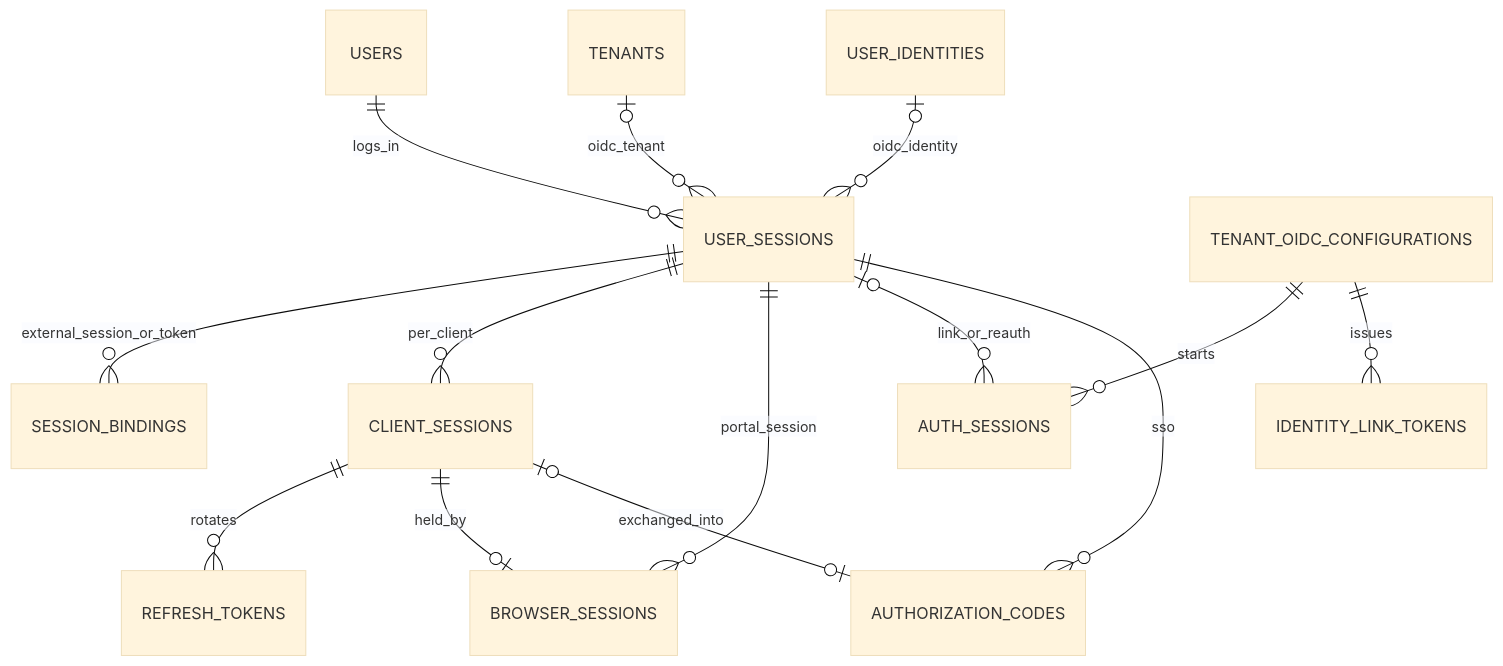
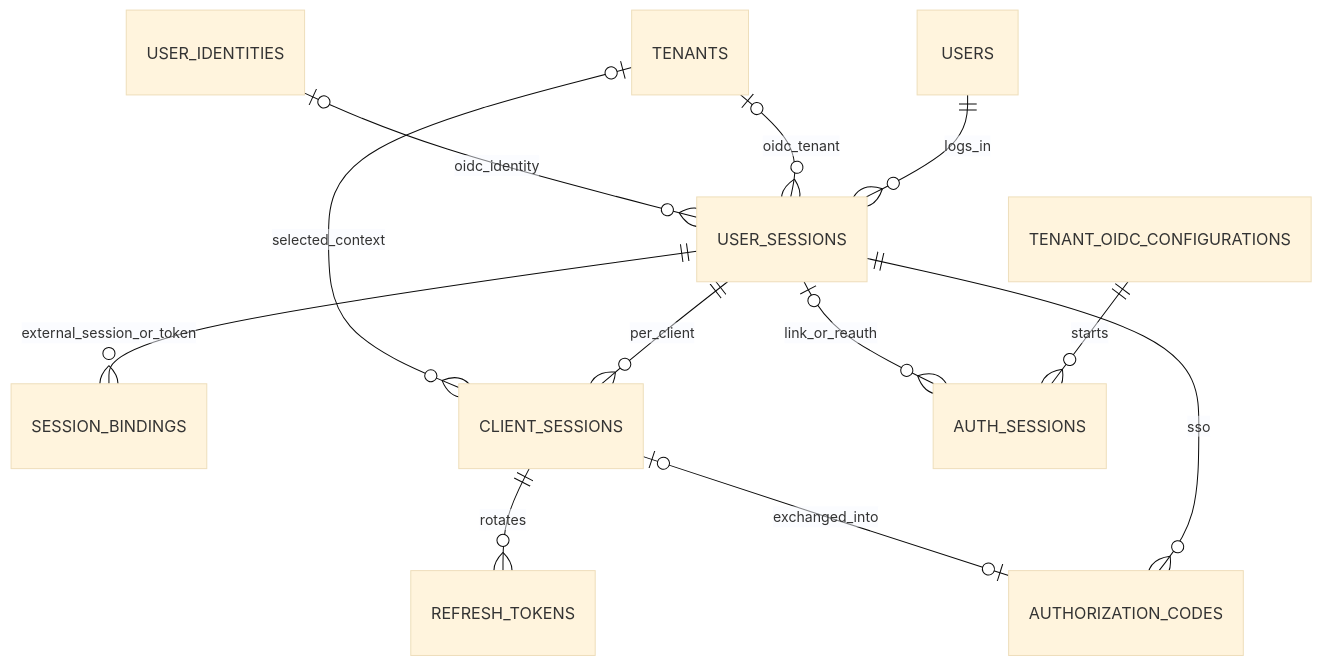
The second of 2 diagrams in docs/DB_MODEL.md (hyoungsookim/passport), drawn with Mermaid (base theme) before and after one commit. The commit also changed other lines of this file and 1 other file, not shown here.

````diff
--- a/docs/DB_MODEL.md
+++ b/docs/DB_MODEL.md
@@ -141,16 +141,14 @@
 ```mermaid
 erDiagram
     USERS ||--o{ USER_SESSIONS : logs_in
     TENANTS |o--o{ USER_SESSIONS : oidc_tenant
     USER_IDENTITIES |o--o{ USER_SESSIONS : oidc_identity
     USER_SESSIONS ||--o{ SESSION_BINDINGS : external_session_or_token
     USER_SESSIONS ||--o{ CLIENT_SESSIONS : per_client
     CLIENT_SESSIONS ||--o{ REFRESH_TOKENS : rotates
-    USER_SESSIONS ||--o{ BROWSER_SESSIONS : portal_session
-    CLIENT_SESSIONS ||--o| BROWSER_SESSIONS : held_by
+    TENANTS |o--o{ CLIENT_SESSIONS : selected_context
     TENANT_OIDC_CONFIGURATIONS ||--o{ AUTH_SESSIONS : starts
     USER_SESSIONS |o--o{ AUTH_SESSIONS : link_or_reauth
-    TENANT_OIDC_CONFIGURATIONS ||--o{ IDENTITY_LINK_TOKENS : issues
     USER_SESSIONS ||--o{ AUTHORIZATION_CODES : sso
     CLIENT_SESSIONS |o--o| AUTHORIZATION_CODES : exchanged_into
 ```
````
